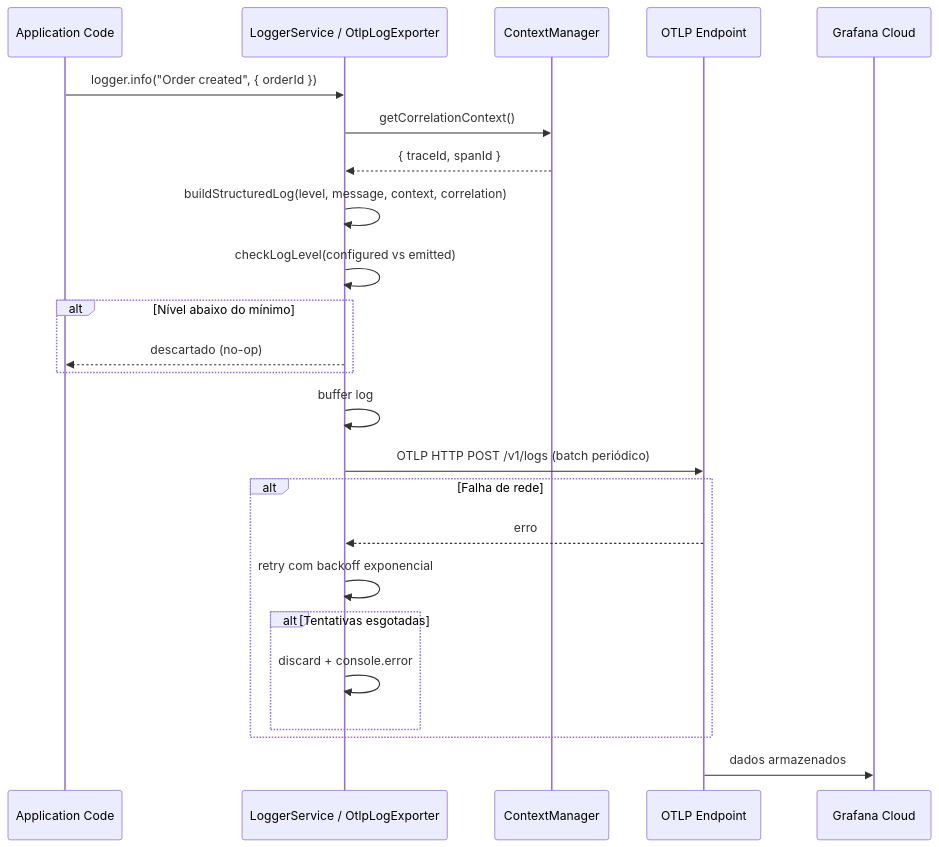
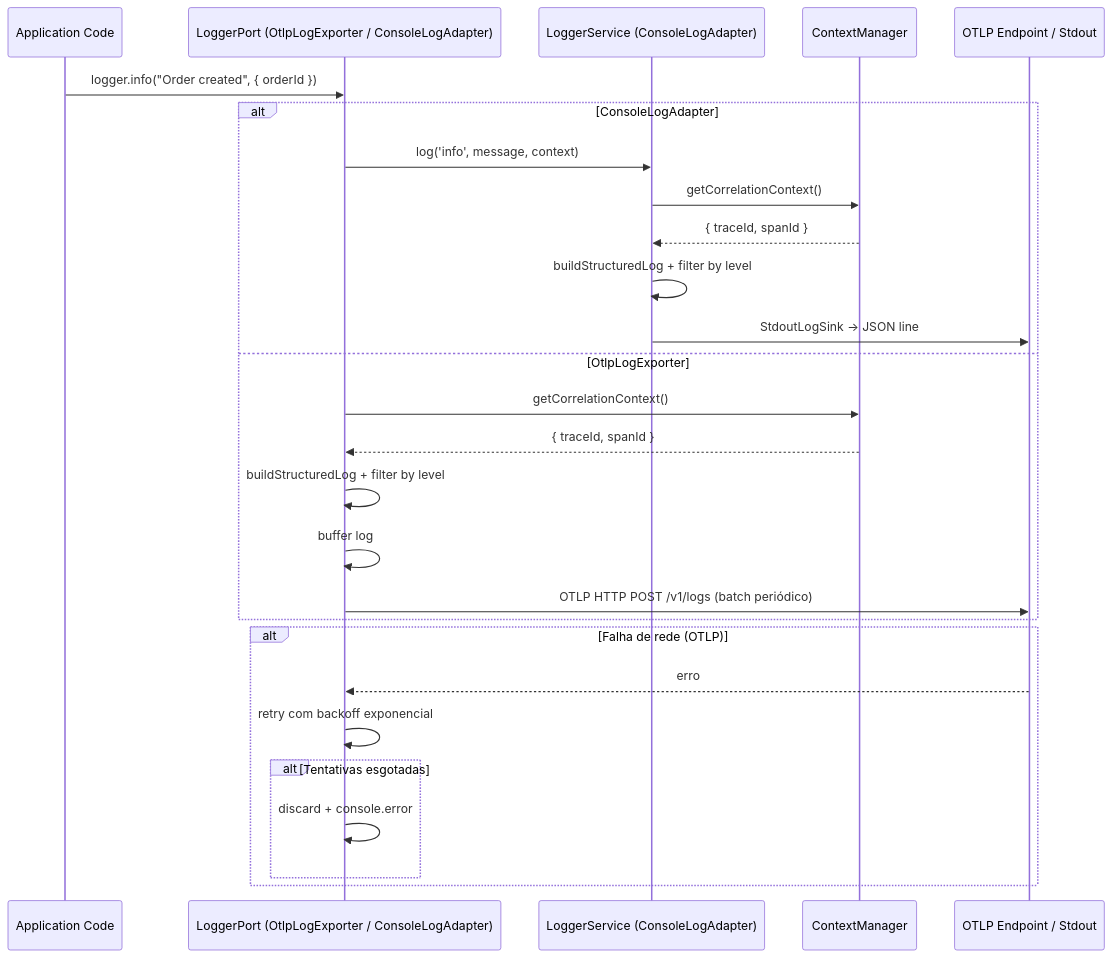
One commit to gsomenzi/nodejs-telemetry changed the third of 7 diagrams in docs/architecture.md. Above: the diagram before and after it, drawn with Mermaid. The commit also changed other lines of this file and 17 other files, not shown here.

````diff
--- a/docs/architecture.md
+++ b/docs/architecture.md
@@ -125,27 +132,30 @@
 ```mermaid
 sequenceDiagram
     participant App as Application Code
-    participant LS as LoggerService / OtlpLogExporter
+    participant Adapter as LoggerPort (OtlpLogExporter / ConsoleLogAdapter)
+    participant LS as LoggerService (ConsoleLogAdapter)
     participant CM as ContextManager
-    participant EXP as OTLP Endpoint
-    participant GC as Grafana Cloud
+    participant Sink as OTLP Endpoint / Stdout
 
-    App->>LS: logger.info("Order created", { orderId })
-    LS->>CM: getCorrelationContext()
-    CM-->>LS: { traceId, spanId }
-    LS->>LS: buildStructuredLog(level, message, context, correlation)
-    LS->>LS: checkLogLevel(configured vs emitted)
-    alt Nível abaixo do mínimo
-        LS-->>App: descartado (no-op)
+    App->>Adapter: logger.info("Order created", { orderId })
+    alt ConsoleLogAdapter
+        Adapter->>LS: log('info', message, context)
+        LS->>CM: getCorrelationContext()
+        CM-->>LS: { traceId, spanId }
+        LS->>LS: buildStructuredLog + filter by level
+        LS->>Sink: StdoutLogSink → JSON line
+    else OtlpLogExporter
+        Adapter->>CM: getCorrelationContext()
+        CM-->>Adapter: { traceId, spanId }
+        Adapter->>Adapter: buildStructuredLog + filter by level
+        Adapter->>Adapter: buffer log
+        Adapter->>Sink: OTLP HTTP POST /v1/logs (batch periódico)
     end
-    LS->>LS: buffer log
-    LS->>EXP: OTLP HTTP POST /v1/logs (batch periódico)
-    alt Falha de rede
-        EXP-->>LS: erro
-        LS->>LS: retry com backoff exponencial
+    alt Falha de rede (OTLP)
+        Sink-->>Adapter: erro
+        Adapter->>Adapter: retry com backoff exponencial
         alt Tentativas esgotadas
-            LS->>LS: discard + console.error
+            Adapter->>Adapter: discard + console.error
         end
     end
-    EXP->>GC: dados armazenados
 ```
````
